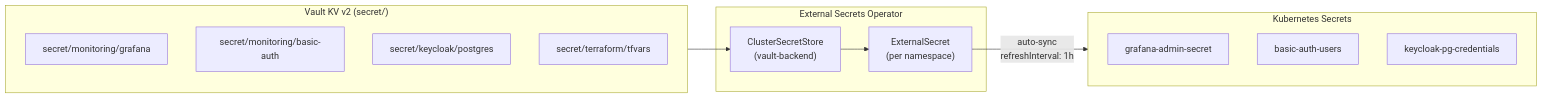
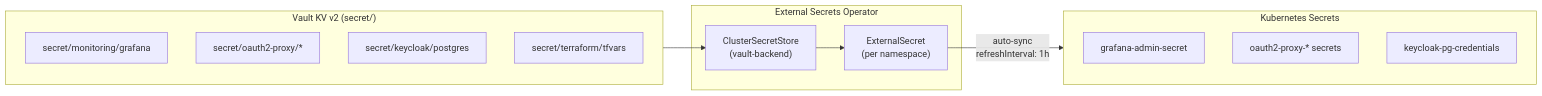
One commit to derhornspieler/harvester-rke2-platform changed the eighth of 11 diagrams in docs/engineering/security-architecture.md. Above: the diagram before and after it, drawn with Mermaid. The commit also changed other lines of this file and 11 other files, not shown here.

````diff
--- a/docs/engineering/security-architecture.md
+++ b/docs/engineering/security-architecture.md
@@ -787,24 +796,24 @@
 ```mermaid
 graph LR
     subgraph Vault["Vault KV v2 (secret/)"]
         G["secret/monitoring/grafana"]
-        BA["secret/monitoring/basic-auth"]
+        OA["secret/oauth2-proxy/*"]
         KC["secret/keycloak/postgres"]
         TF["secret/terraform/tfvars"]
     end
 
     subgraph ESO["External Secrets Operator"]
         CSS["ClusterSecretStore<br/>(vault-backend)"]
         ES["ExternalSecret<br/>(per namespace)"]
     end
 
     subgraph K8s["Kubernetes Secrets"]
         S1["grafana-admin-secret"]
-        S2["basic-auth-users"]
+        S2["oauth2-proxy-* secrets"]
         S3["keycloak-pg-credentials"]
     end
 
     Vault --> CSS
     CSS --> ES
     ES -->|"auto-sync<br/>refreshInterval: 1h"| K8s
 ```
````
